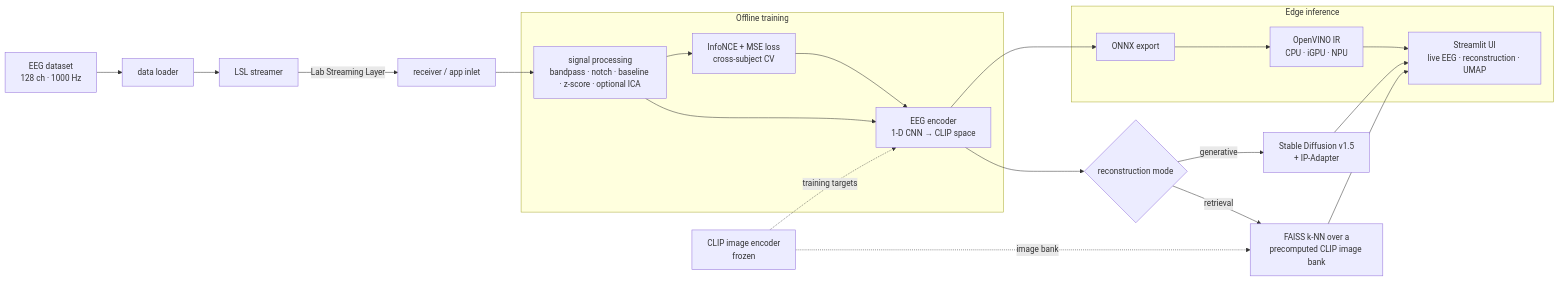
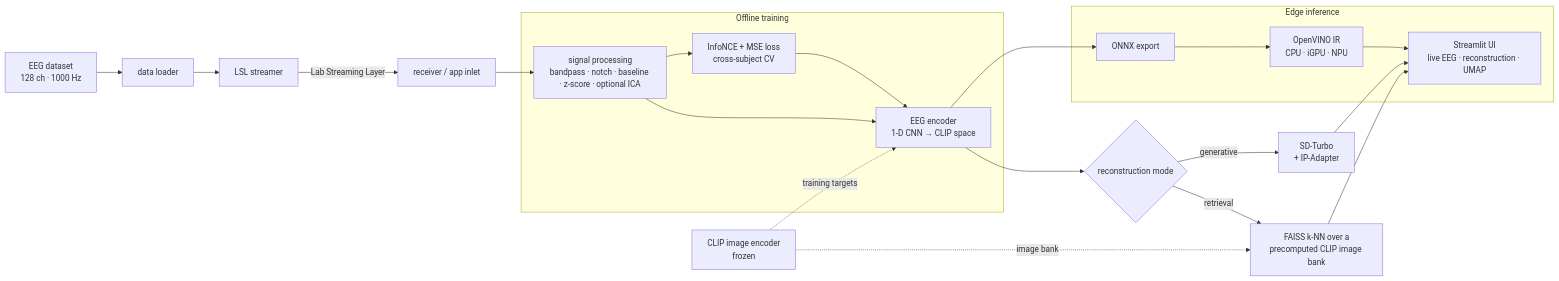
Before and after one commit to ANSHAY/image_eeg: the diagram in README.md, drawn with Mermaid. The commit also changed other lines of this file, not shown here.

Commit message:
docs: clarify SD-Turbo as the generative target, with SD v1.5 as the lighter shipped config

````diff
--- a/README.md
+++ b/README.md
@@ -14,24 +14,24 @@
 ```mermaid
 flowchart LR
     A[EEG dataset<br/>128 ch · 1000 Hz] --> B[data loader]
     B --> C[LSL streamer]
     C -->|Lab Streaming Layer| D[receiver / app inlet]
     D --> E[signal processing<br/>bandpass · notch · baseline · z-score · optional ICA]
     E --> F[EEG encoder<br/>1-D CNN → CLIP space]
     F --> G{reconstruction mode}
     G -->|retrieval| H[FAISS k-NN over a<br/>precomputed CLIP image bank]
-    G -->|generative| I[Stable Diffusion v1.5<br/>+ IP-Adapter]
+    G -->|generative| I[SD-Turbo<br/>+ IP-Adapter]
     H --> J[Streamlit UI<br/>live EEG · reconstruction · UMAP]
     I --> J
     K[CLIP image encoder<br/>frozen] -.training targets.-> F
     K -.image bank.-> H
 
     subgraph training [Offline training]
       E --> L[InfoNCE + MSE loss<br/>cross-subject CV]
       L --> F
     end
 
     subgraph edge [Edge inference]
       F --> M[ONNX export] --> N[OpenVINO IR<br/>CPU · iGPU · NPU] --> J
     end
 ```
````
